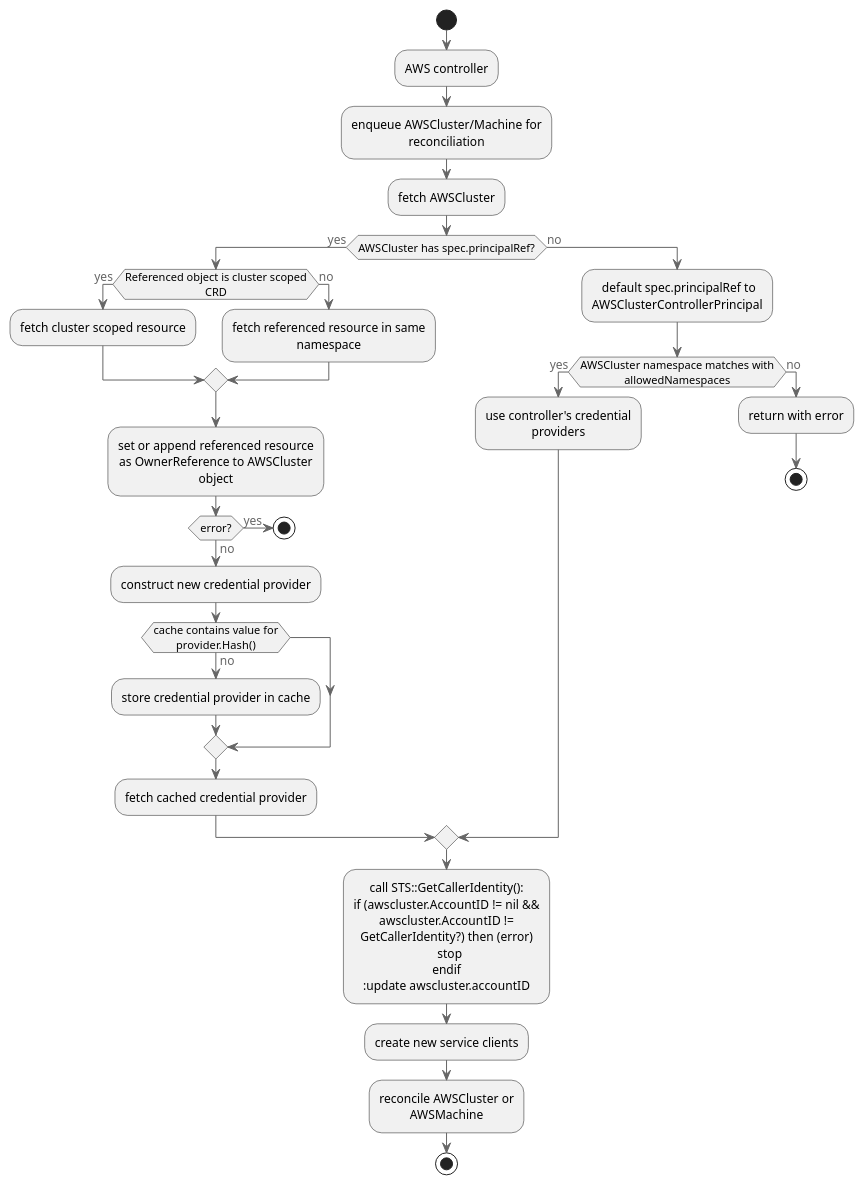
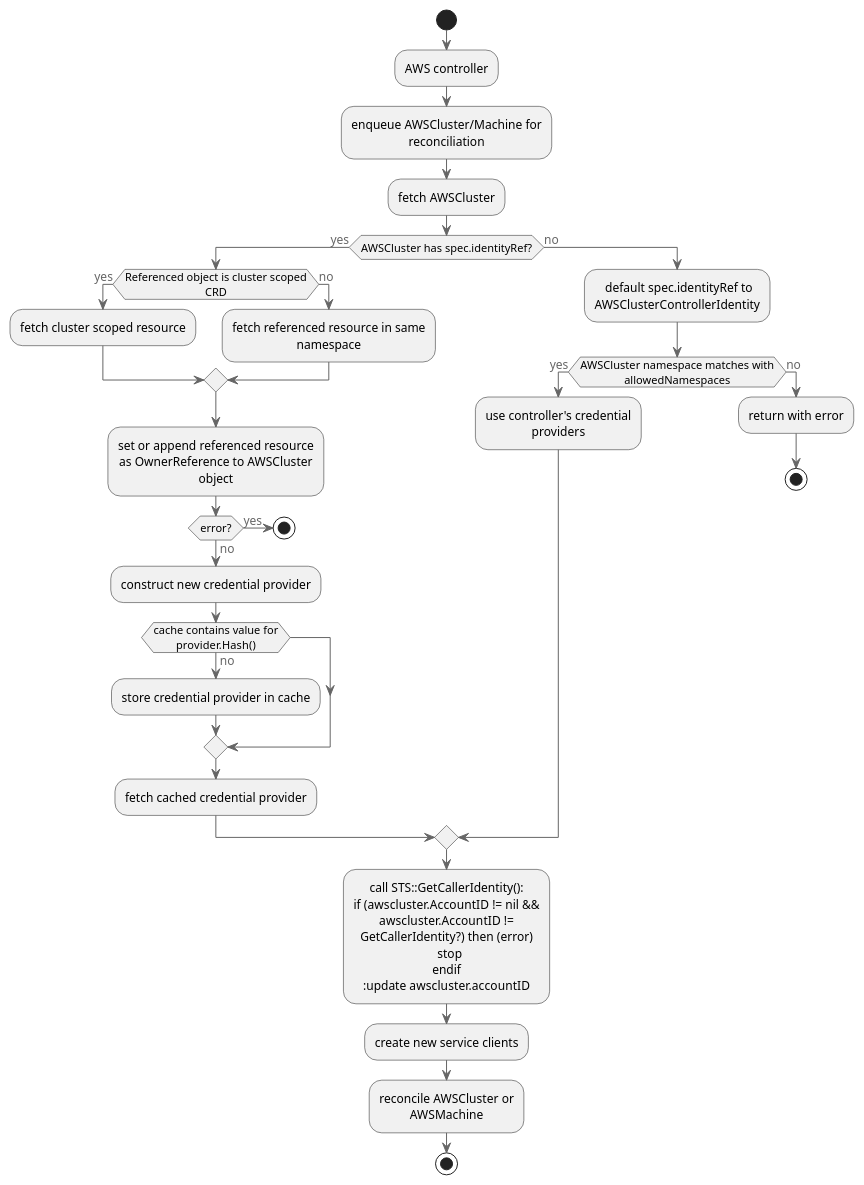
Before and after one commit to dropbox-code/repo-9: the diagram in docs/proposal/20200506-single-controller-multitenancy-flow.plantuml, drawn with PlantUML. The commit also changed 72 other files, not shown here.

```diff
--- a/docs/proposal/20200506-single-controller-multitenancy-flow.plantuml
+++ b/docs/proposal/20200506-single-controller-multitenancy-flow.plantuml
@@ -1,42 +1,42 @@
 @startuml 20200506-single-controller-multitenancy-flow
 !includeurl https://raw.githubusercontent.com/RicardoNiepel/C4-PlantUML/release/1-0/C4_Container.puml
 
 start
 :AWS controller;
 :enqueue AWSCluster/Machine for reconciliation;
 :fetch AWSCluster;
-if (AWSCluster has spec.principalRef?) then (yes)
+if (AWSCluster has spec.identityRef?) then (yes)
   if (Referenced object is cluster scoped CRD) then (yes)
     :fetch cluster scoped resource;
   else (no)
     :fetch referenced resource in same namespace;
   endif
   :set or append referenced resource as OwnerReference to AWSCluster object;
   if (error?) then (yes)
     stop
   else (no)
     :construct new credential provider;
     if (cache contains value for provider.Hash()) then (no)
       :store credential provider in cache;
     endif
     :fetch cached credential provider;
   endif
 else (no)
-  : default spec.principalRef to AWSClusterControllerPrincipal;
+  : default spec.identityRef to AWSClusterControllerIdentity;
   if (AWSCluster namespace matches with allowedNamespaces) then (yes)
     :use controller's credential providers;
   else (no)
     :return with error;
     stop
   endif
 endif
 :call STS::GetCallerIdentity():
 if (awscluster.AccountID != nil && awscluster.AccountID != GetCallerIdentity?) then (error)
   stop
 endif
 :update awscluster.accountID;
 :create new service clients;
 :reconcile AWSCluster or AWSMachine;
 stop
 
 @enduml
```
